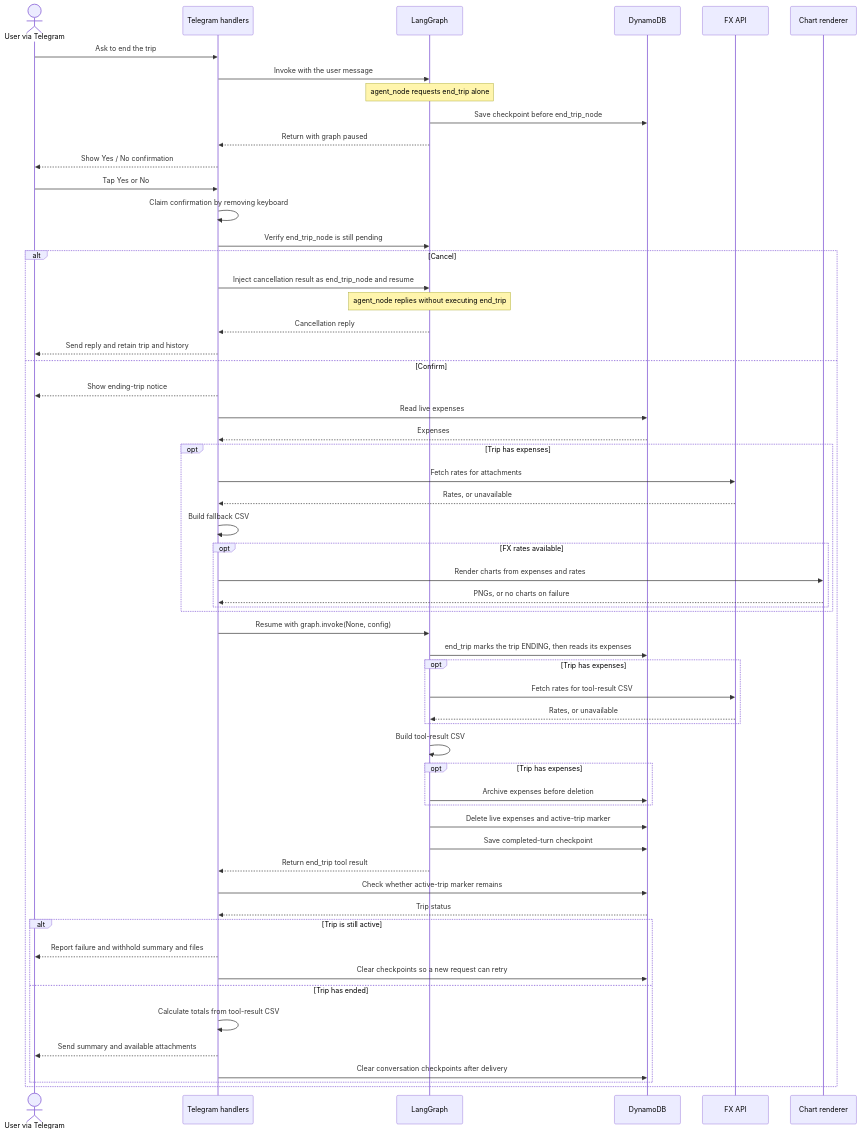
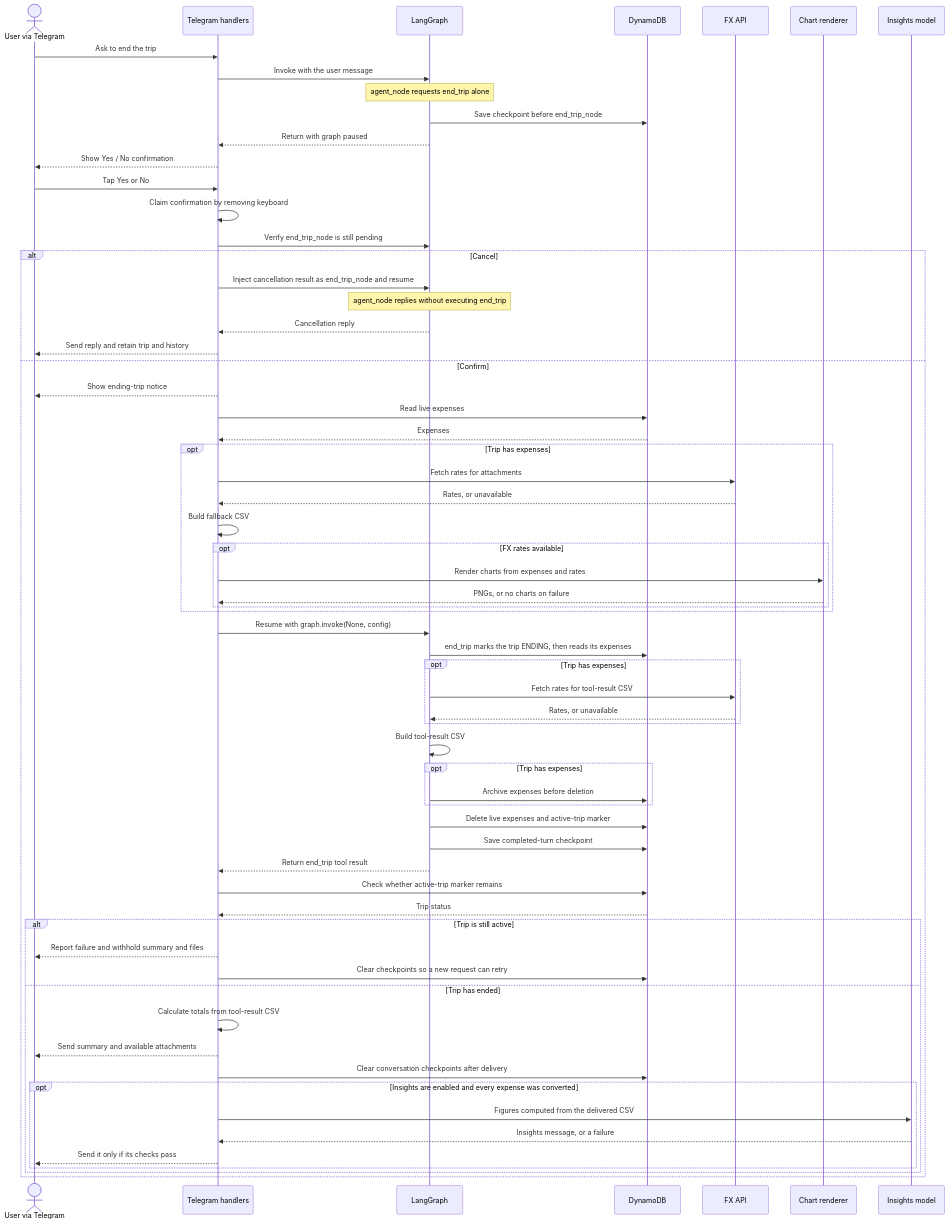
The fourth of 4 diagrams in ARCHITECTURE.md (gyant6/ExpensesCalculatorAgenticBot), drawn with Mermaid before and after one commit. The commit also changed other lines of this file and 20 other files, not shown here.

Commit message:
Send a short insights message after a trip ends, written by Sonnet 4.6 from figures computed in code and checked before sending. Add the fact sheet, prompt, preview script with sample trips, Bedrock permission and decision record.

````diff
--- a/ARCHITECTURE.md
+++ b/ARCHITECTURE.md
@@ -237,62 +243,68 @@
 ```mermaid
 sequenceDiagram
     actor User as User via Telegram
     participant Handler as Telegram handlers
     participant Graph as LangGraph
     participant DB as DynamoDB
     participant FX as FX API
     participant Charts as Chart renderer
+    participant Insights as Insights model
 
     User->>Handler: Ask to end the trip
     Handler->>Graph: Invoke with the user message
     Note over Graph: agent_node requests end_trip alone
     Graph->>DB: Save checkpoint before end_trip_node
     Graph-->>Handler: Return with graph paused
     Handler-->>User: Show Yes / No confirmation
     User->>Handler: Tap Yes or No
     Handler->>Handler: Claim confirmation by removing keyboard
     Handler->>Graph: Verify end_trip_node is still pending
 
     alt Cancel
         Handler->>Graph: Inject cancellation result as end_trip_node and resume
         Note over Graph: agent_node replies without executing end_trip
         Graph-->>Handler: Cancellation reply
         Handler-->>User: Send reply and retain trip and history
     else Confirm
         Handler-->>User: Show ending-trip notice
         Handler->>DB: Read live expenses
         DB-->>Handler: Expenses
         opt Trip has expenses
             Handler->>FX: Fetch rates for attachments
             FX-->>Handler: Rates, or unavailable
             Handler->>Handler: Build fallback CSV
             opt FX rates available
                 Handler->>Charts: Render charts from expenses and rates
                 Charts-->>Handler: PNGs, or no charts on failure
             end
         end
         Handler->>Graph: Resume with graph.invoke(None, config)
         Graph->>DB: end_trip marks the trip ENDING, then reads its expenses
         opt Trip has expenses
             Graph->>FX: Fetch rates for tool-result CSV
             FX-->>Graph: Rates, or unavailable
         end
         Graph->>Graph: Build tool-result CSV
         opt Trip has expenses
             Graph->>DB: Archive expenses before deletion
         end
         Graph->>DB: Delete live expenses and active-trip marker
         Graph->>DB: Save completed-turn checkpoint
         Graph-->>Handler: Return end_trip tool result
         Handler->>DB: Check whether active-trip marker remains
         DB-->>Handler: Trip status
         alt Trip is still active
             Handler-->>User: Report failure and withhold summary and files
             Handler->>DB: Clear checkpoints so a new request can retry
         else Trip has ended
             Handler->>Handler: Calculate totals from tool-result CSV
             Handler-->>User: Send summary and available attachments
             Handler->>DB: Clear conversation checkpoints after delivery
+            opt Insights are enabled and every expense was converted
+                Handler->>Insights: Figures computed from the delivered CSV
+                Insights-->>Handler: Insights message, or a failure
+                Handler-->>User: Send it only if its checks pass
+            end
         end
     end
 ```
````
